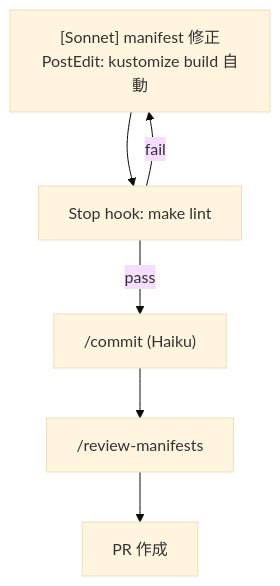
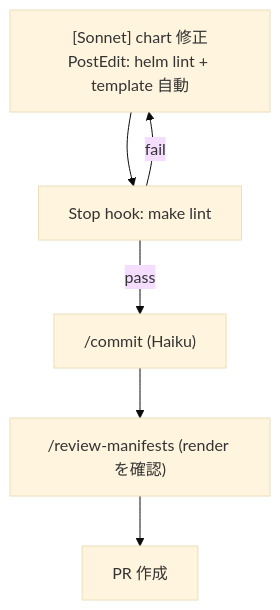
One commit to Qfour/falco-ctf-app changed the second of 4 diagrams in .claude/rules/dev-flow.md. Above: the diagram before and after it, drawn with Mermaid (base theme). The commit also changed other lines of this file and 40 other files, not shown here.

First line of the commit message:
feat(p2): retire kustomize deploy/ — charts are the manifest source

````diff
--- a/.claude/rules/dev-flow.md
+++ b/.claude/rules/dev-flow.md
@@ -54,8 +54,8 @@
 ```mermaid
 flowchart TD
-  A["[Sonnet] manifest 修正\nPostEdit: kustomize build 自動"] --> B["Stop hook: make lint"]
+  A["[Sonnet] chart 修正\nPostEdit: helm lint + template 自動"] --> B["Stop hook: make lint"]
   B -->|fail| A
   B -->|pass| C["/commit (Haiku)"]
-  C --> D["/review-manifests"]
+  C --> D["/review-manifests (render を確認)"]
   D --> E["PR 作成"]
 ```
````
